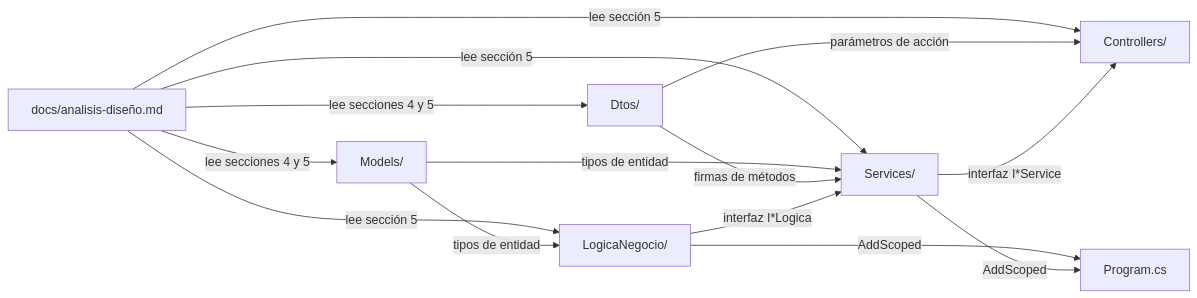
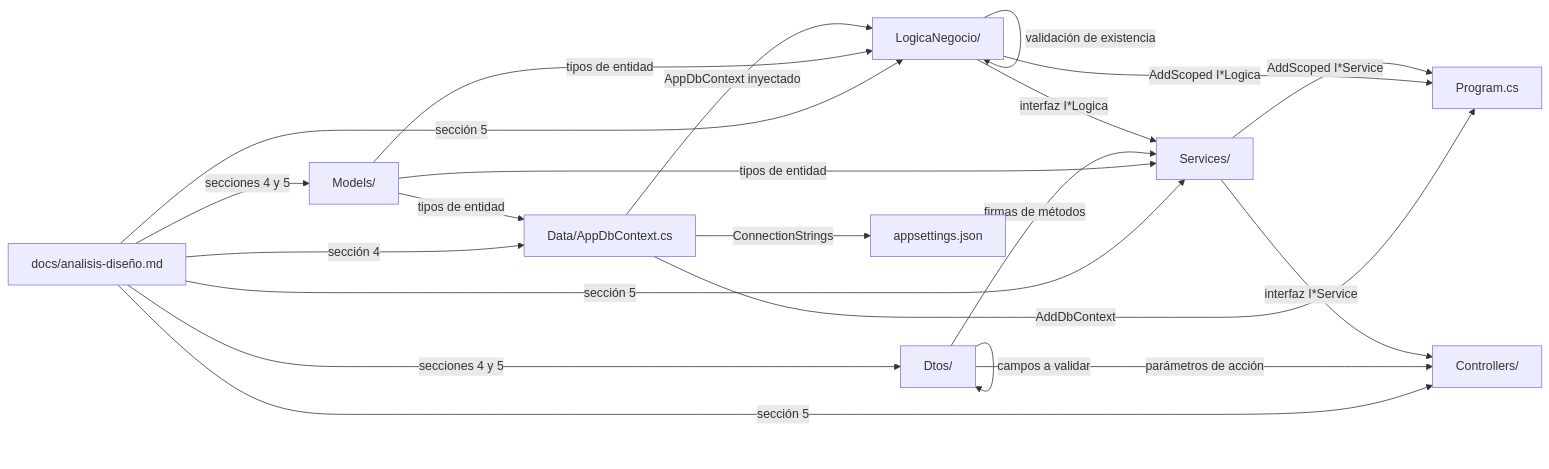
The second of 6 diagrams in docs/skills-orquestacion.md (hispafox/DemoCopilot), drawn with Mermaid before and after one commit. The commit also changed other lines of this file and 4 other files, not shown here.

````diff
--- a/docs/skills-orquestacion.md
+++ b/docs/skills-orquestacion.md
@@ -59,26 +67,35 @@
 ```mermaid
 graph LR
     AD["docs/analisis-diseño.md"]
     MO["Models/"]
     DT["Dtos/"]
+    DB["Data/AppDbContext.cs"]
     LN["LogicaNegocio/"]
     SV["Services/"]
     CT["Controllers/"]
     PR["Program.cs"]
+    AP["appsettings.json"]
 
-    AD -->|"lee secciones 4 y 5"| MO
-    AD -->|"lee secciones 4 y 5"| DT
-    AD -->|"lee sección 5"| LN
-    AD -->|"lee sección 5"| SV
-    AD -->|"lee sección 5"| CT
+    AD -->|"secciones 4 y 5"| MO
+    AD -->|"secciones 4 y 5"| DT
+    AD -->|"sección 4"| DB
+    AD -->|"sección 5"| LN
+    AD -->|"sección 5"| SV
+    AD -->|"sección 5"| CT
 
+    MO -->|"tipos de entidad"| DB
     MO -->|"tipos de entidad"| LN
     MO -->|"tipos de entidad"| SV
+    DT -->|"campos a validar"| DT
     DT -->|"firmas de métodos"| SV
     DT -->|"parámetros de acción"| CT
+    DB -->|"AppDbContext inyectado"| LN
+    LN -->|"validación de existencia"| LN
     LN -->|"interfaz I*Logica"| SV
     SV -->|"interfaz I*Service"| CT
 
-    LN -->|"AddScoped"| PR
-    SV -->|"AddScoped"| PR
+    DB -->|"AddDbContext"| PR
+    DB -->|"ConnectionStrings"| AP
+    LN -->|"AddScoped I*Logica"| PR
+    SV -->|"AddScoped I*Service"| PR
 ```
````
